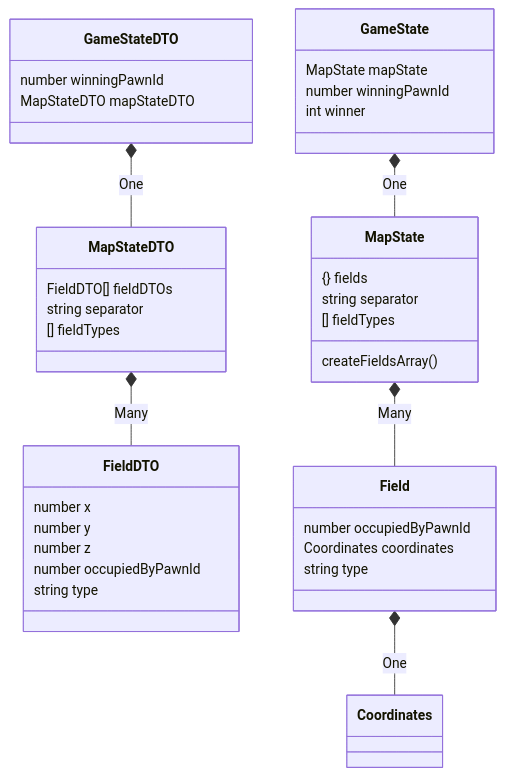
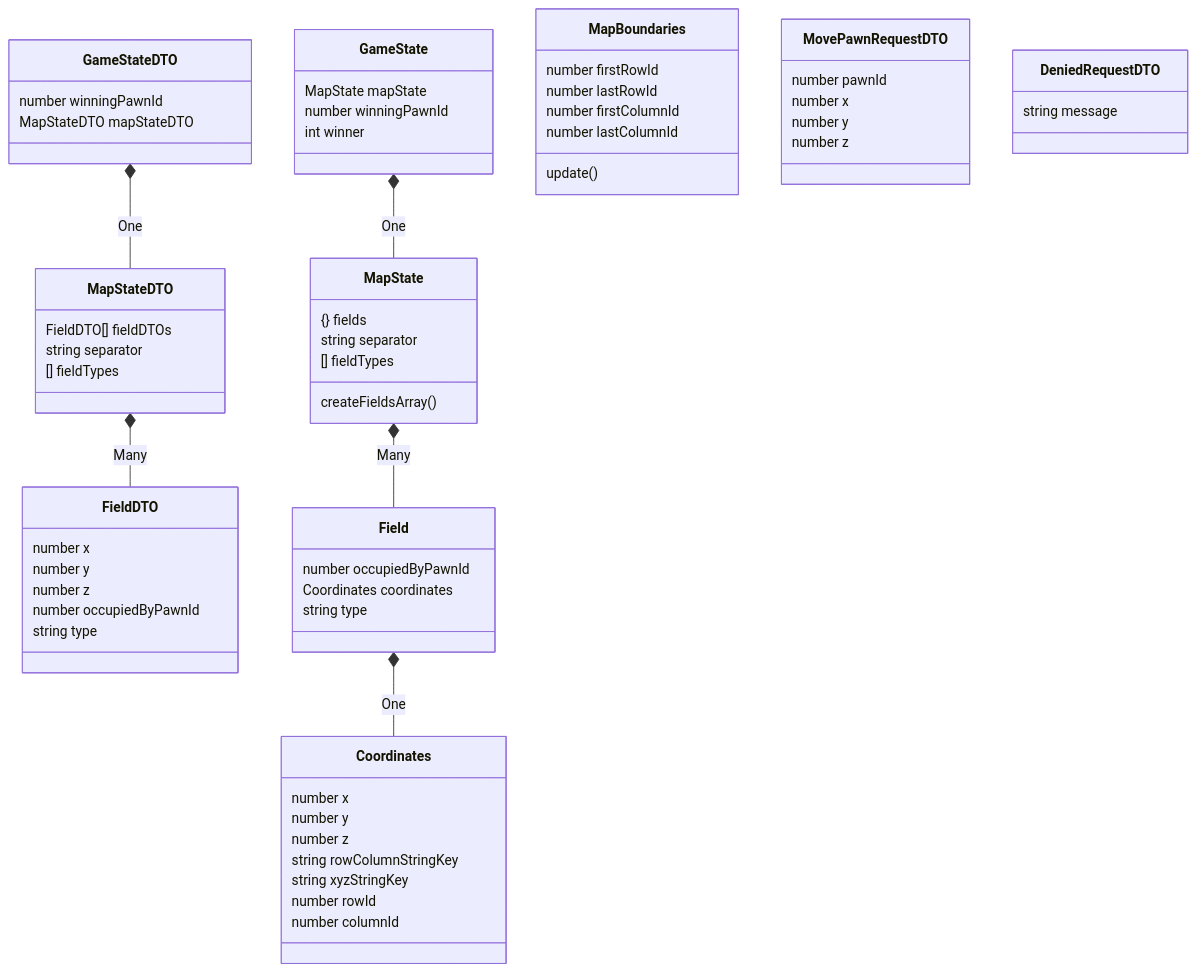
One commit to stijnlinderman/eldorado changed the fifth of 9 diagrams in ARCHITECTURE.md. Above: the diagram before and after it, drawn with Mermaid.

````diff
--- a/ARCHITECTURE.md
+++ b/ARCHITECTURE.md
@@ -89,28 +89,48 @@
 ```mermaid
 classDiagram
 	GameStateDTO *-- MapStateDTO : One
 	GameStateDTO : number winningPawnId
 	GameStateDTO : MapStateDTO mapStateDTO
 	MapStateDTO *-- FieldDTO : Many
 	MapStateDTO : FieldDTO[] fieldDTOs
 	MapStateDTO : string separator
 	MapStateDTO : [] fieldTypes
 	FieldDTO : number x
 	FieldDTO : number y
 	FieldDTO : number z
 	FieldDTO : number occupiedByPawnId
 	FieldDTO : string type
 	GameState *-- MapState : One
 	GameState : MapState mapState
 	GameState : number winningPawnId
 	GameState : int winner
 	MapState *-- Field : Many
 	MapState : {} fields
 	MapState : string separator
 	MapState : [] fieldTypes
 	MapState : createFieldsArray()
 	Field *-- Coordinates : One
 	Field : number occupiedByPawnId
 	Field : Coordinates coordinates
 	Field : string type
+	Coordinates : number x
+	Coordinates : number y
+	Coordinates : number z
+	Coordinates : string rowColumnStringKey
+	Coordinates : string xyzStringKey
+	Coordinates : number rowId
+	Coordinates : number columnId
+	class MapBoundaries
+	MapBoundaries : update()
+	MapBoundaries : number firstRowId
+	MapBoundaries : number lastRowId
+	MapBoundaries : number firstColumnId
+	MapBoundaries : number lastColumnId
+	class MovePawnRequestDTO
+	MovePawnRequestDTO : number pawnId
+	MovePawnRequestDTO : number x
+	MovePawnRequestDTO : number y
+	MovePawnRequestDTO : number z
+	class DeniedRequestDTO
+	DeniedRequestDTO : string message
 ```
````
